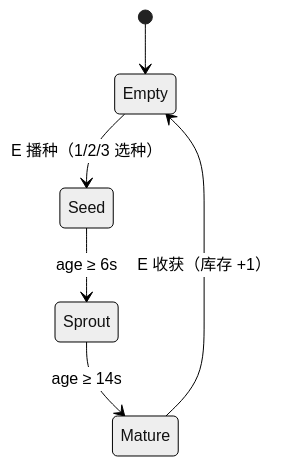
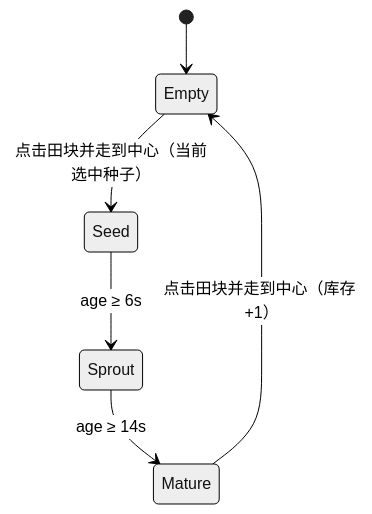
One commit to zmdld11/SHU-Computer-Graphics changed the first of 4 diagrams in docs/期末项目-奶龙农场.md. Above: the diagram before and after it, drawn with Mermaid (neutral theme). The commit also changed other lines of this file and 20 other files, not shown here.

First line of the commit message:
feat(game): 俯视地图、格点移动与镜头 M1 (#64)

````diff
--- a/docs/期末项目-奶龙农场.md
+++ b/docs/期末项目-奶龙农场.md
@@ -269,8 +287,8 @@
 ```mermaid
 stateDiagram-v2
     [*] --> Empty
-    Empty --> Seed: E 播种（1/2/3 选种）
+    Empty --> Seed: 点击田块并走到中心（当前选中种子）
     Seed --> Sprout: age ≥ 6s
     Sprout --> Mature: age ≥ 14s
-    Mature --> Empty: E 收获（库存 +1）
+    Mature --> Empty: 点击田块并走到中心（库存 +1）
 ```
````
